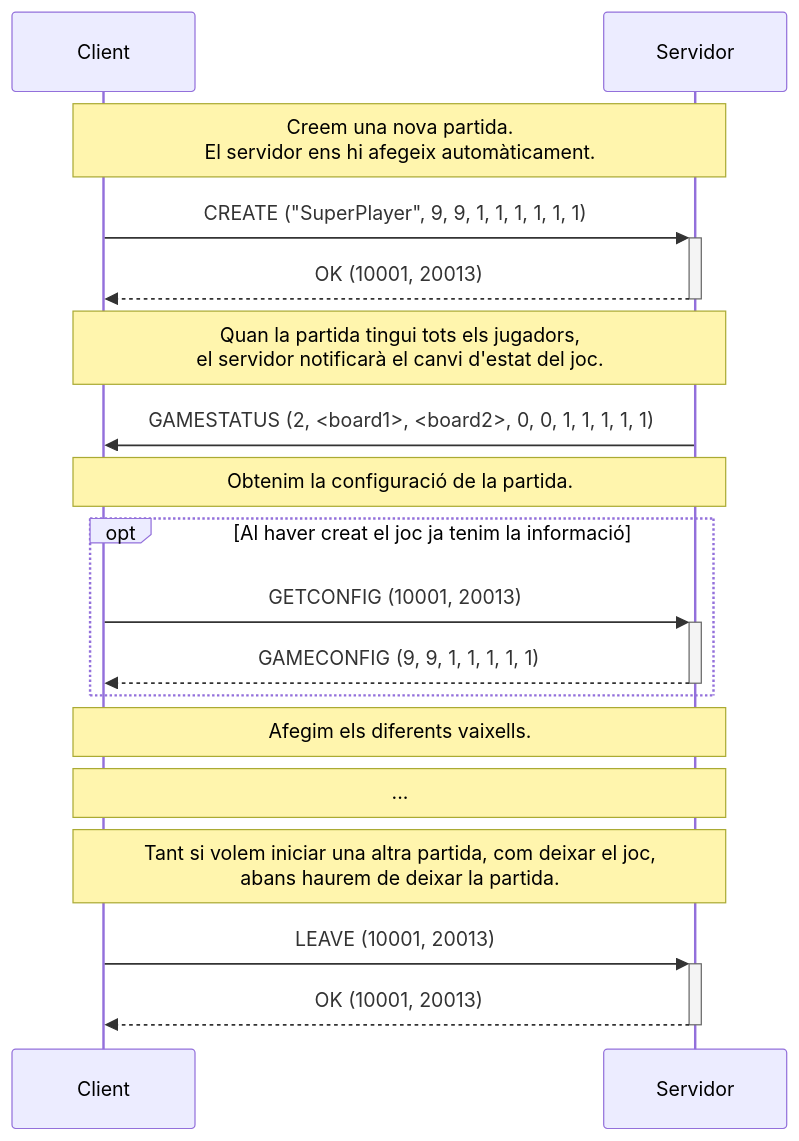
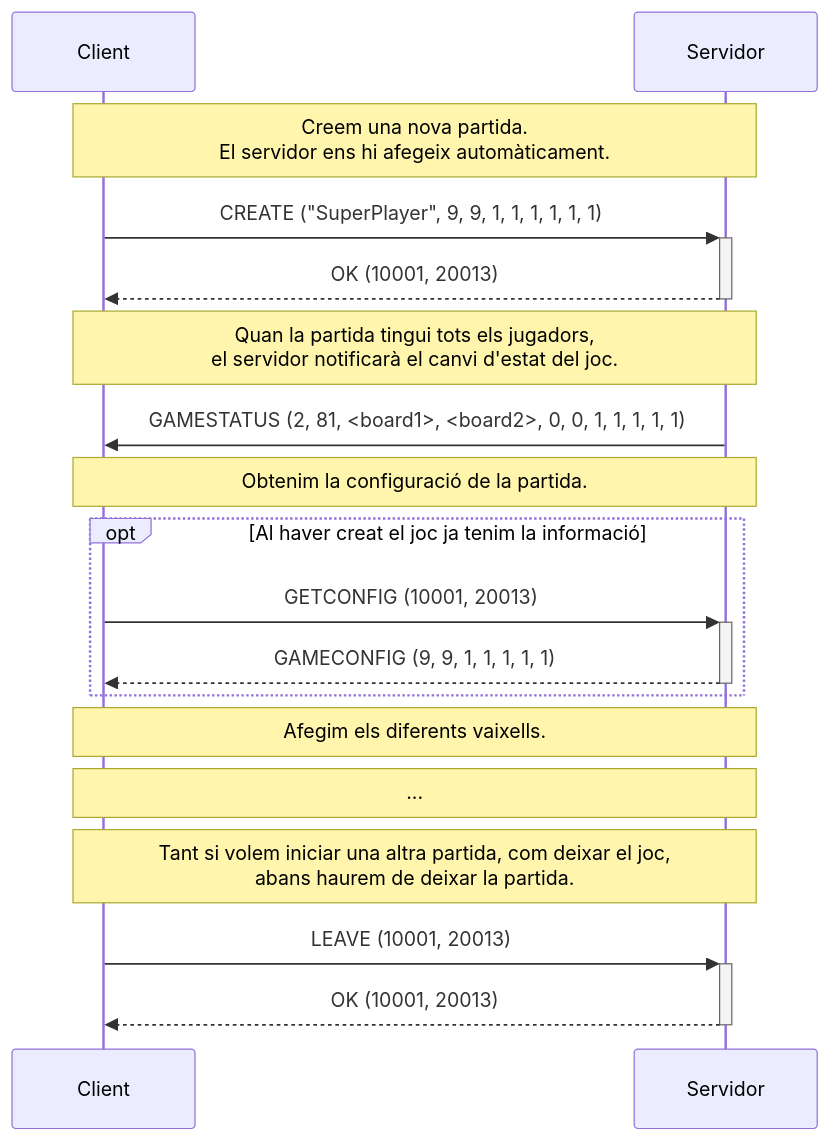
The third of 4 diagrams in Guies/battleship.md (SoftwareDistribuitUB-2025/Enunciat_P1), drawn with Mermaid before and after one commit. The commit also changed other lines of this file and 7 other files, not shown here.

````diff
--- a/Guies/battleship.md
+++ b/Guies/battleship.md
@@ -167,28 +167,28 @@
 ```mermaid
   sequenceDiagram
 
     note over Client,Servidor: Creem una nova partida. <BR/>El servidor ens hi afegeix automàticament.
 
     Client->>+Servidor: CREATE ("SuperPlayer", 9, 9, 1, 1, 1, 1, 1, 1)
     Servidor-->>-Client: OK (10001, 20013)
         
     note over Client,Servidor: Quan la partida tingui tots els jugadors,<br/>el servidor notificarà el canvi d'estat del joc.
 
-    Servidor->>Client: GAMESTATUS (2, <board1>, <board2>, 0, 0, 1, 1, 1, 1, 1)
+    Servidor->>Client: GAMESTATUS (2, 81, <board1>, <board2>, 0, 0, 1, 1, 1, 1, 1)
 
     note over Client,Servidor: Obtenim la configuració de la partida.
     opt Al haver creat el joc ja tenim la informació
     Client->>+Servidor: GETCONFIG (10001, 20013)
     Servidor-->>-Client: GAMECONFIG (9, 9, 1, 1, 1, 1, 1)    
     end
 
     note over Client,Servidor: Afegim els diferents vaixells.
     
     note over Client,Servidor: ...
 
     note over Client,Servidor: Tant si volem iniciar una altra partida, com deixar el joc, <br/> abans haurem de deixar la partida.
 
     Client->>+Servidor: LEAVE (10001, 20013)
     Servidor-->>-Client: OK (10001, 20013)
 
 ```
````
